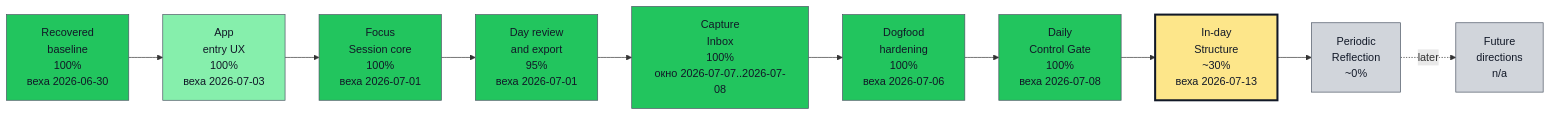
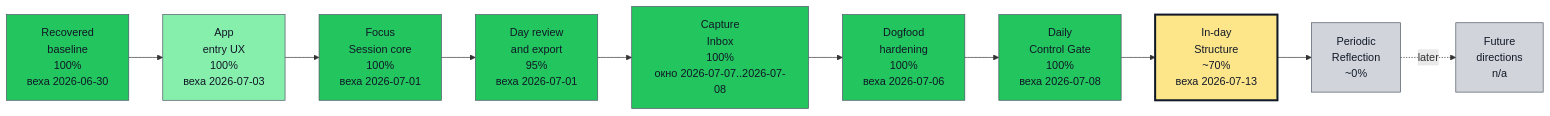
Before and after one commit to asukhodko/timeskein: the first of 2 diagrams in docs/roadmap/opskarta.md, drawn with Mermaid. The commit also changed other lines of this file and 10 other files, not shown here.

````diff
--- a/docs/roadmap/opskarta.md
+++ b/docs/roadmap/opskarta.md
@@ -58,44 +58,44 @@
 ```mermaid
 flowchart LR
 
     classDef exec_done fill:#22c55e,stroke:#4b5563,color:#111827,stroke-width:1px
     classDef exec_in_progress fill:#0ea5e9,stroke:#4b5563,color:#111827,stroke-width:1px
     classDef exec_blocked fill:#fecaca,stroke:#4b5563,color:#111827,stroke-width:1px
     classDef exec_not_started fill:#9ca3af,stroke:#4b5563,color:#111827,stroke-width:1px
     classDef exec_mgmt_green fill:#86efac,stroke:#4b5563,color:#111827,stroke-width:1px
     classDef exec_mgmt_yellow fill:#fde68a,stroke:#4b5563,color:#111827,stroke-width:1px
     classDef exec_mgmt_red fill:#fca5a5,stroke:#4b5563,color:#111827,stroke-width:1px
     classDef exec_mgmt_neutral fill:#d1d5db,stroke:#4b5563,color:#111827,stroke-width:1px
 
     recovered_baseline["Recovered<br/>baseline<br/>100%<br/>веха 2026-06-30"]
     class recovered_baseline exec_done
     app_entry_ux["App<br/>entry UX<br/>100%<br/>веха 2026-07-03"]
     class app_entry_ux exec_mgmt_green
     focus_session_core["Focus<br/>Session core<br/>100%<br/>веха 2026-07-01"]
     class focus_session_core exec_done
     day_review_export["Day review<br/>and export<br/>95%<br/>веха 2026-07-01"]
     class day_review_export exec_done
     capture_inbox["Capture<br/>Inbox<br/>100%<br/>окно 2026-07-07..2026-07-08"]
     class capture_inbox exec_done
     dogfood_hardening["Dogfood<br/>hardening<br/>100%<br/>веха 2026-07-06"]
     class dogfood_hardening exec_done
     daily_control_gate["Daily<br/>Control Gate<br/>100%<br/>веха 2026-07-08"]
     class daily_control_gate exec_done
-    in_day_structure["In-day<br/>Structure<br/>~30%<br/>веха 2026-07-13"]
+    in_day_structure["In-day<br/>Structure<br/>~70%<br/>веха 2026-07-13"]
     class in_day_structure exec_mgmt_yellow
     style in_day_structure stroke:#111827,stroke-width:3px
     periodic_reflection["Periodic<br/>Reflection<br/>~0%"]
     class periodic_reflection exec_mgmt_neutral
     future_directions["Future<br/>directions<br/>n/a"]
     class future_directions exec_mgmt_neutral
 
     recovered_baseline --> app_entry_ux
     app_entry_ux --> focus_session_core
     focus_session_core --> day_review_export
     day_review_export --> capture_inbox
     capture_inbox --> dogfood_hardening
     dogfood_hardening --> daily_control_gate
     daily_control_gate --> in_day_structure
     in_day_structure --> periodic_reflection
     periodic_reflection -. later .-> future_directions
 ```
````
